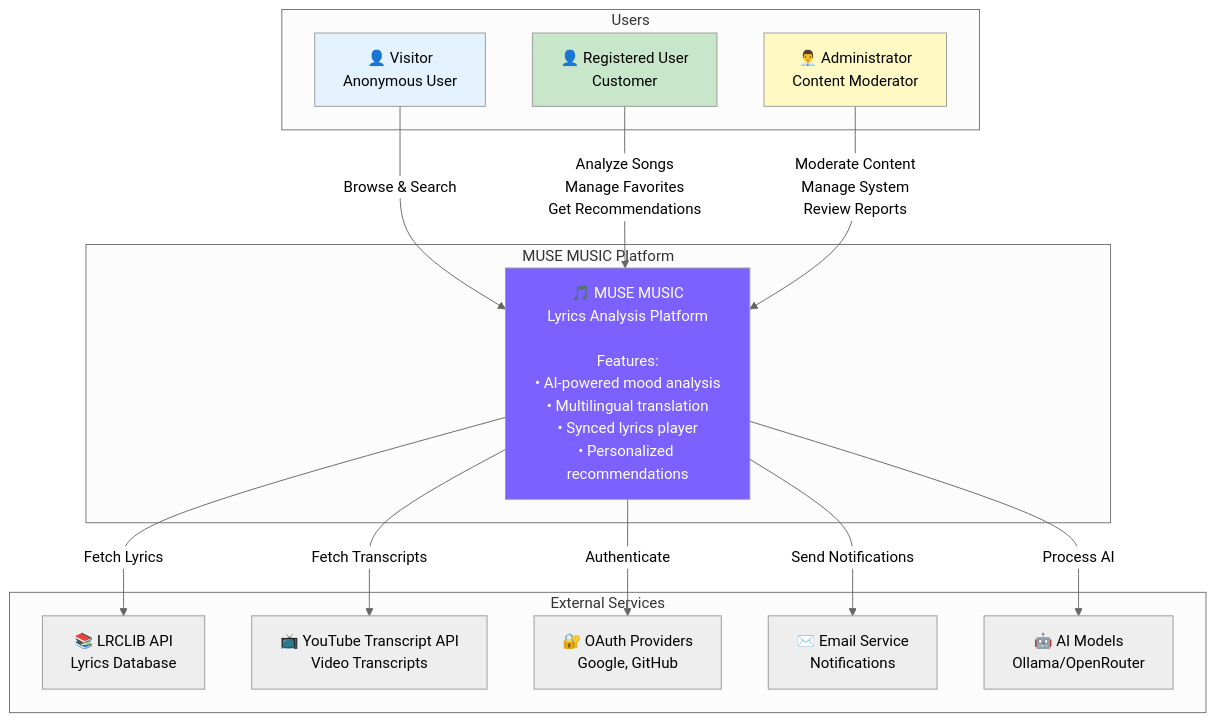
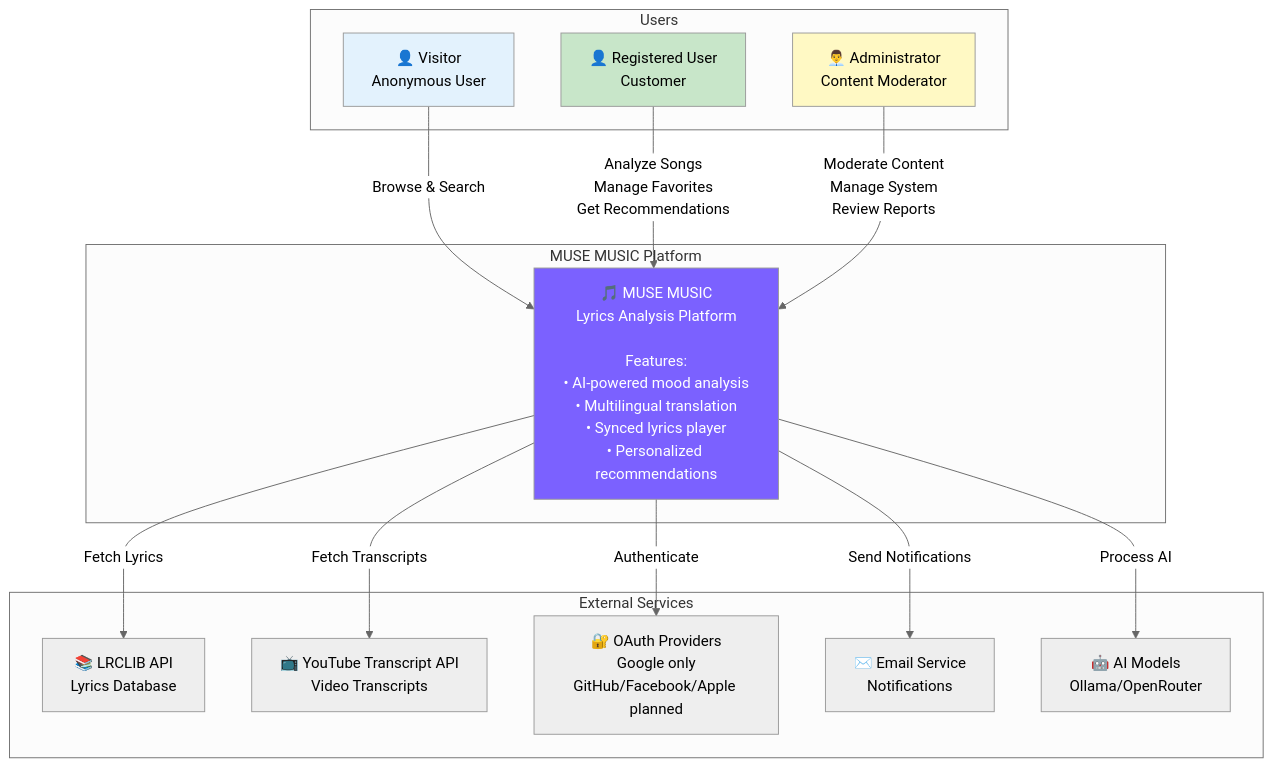
Before and after one commit to tikpoptv/MUSE-MUSIC: the first of 7 diagrams in diagrams/high-level-diagram.md, drawn with Mermaid (neutral theme). The commit also changed 6 other files, not shown here.

First line of the commit message:
Update diagrams for prompt flow and OAuth details

````diff
--- a/diagrams/high-level-diagram.md
+++ b/diagrams/high-level-diagram.md
@@ -10,35 +10,35 @@
 ```mermaid
 graph TB
     subgraph "Users"
         VISITOR[👤 Visitor<br/>Anonymous User]
         USER[👤 Registered User<br/>Customer]
         ADMIN[👨‍💼 Administrator<br/>Content Moderator]
     end
     
     subgraph "MUSE MUSIC Platform"
         SYSTEM[🎵 MUSE MUSIC<br/>Lyrics Analysis Platform<br/><br/>Features:<br/>• AI-powered mood analysis<br/>• Multilingual translation<br/>• Synced lyrics player<br/>• Personalized recommendations]
     end
     
     subgraph "External Services"
         LRCLIB[📚 LRCLIB API<br/>Lyrics Database]
         YOUTUBE[📺 YouTube Transcript API<br/>Video Transcripts]
-        OAUTH[🔐 OAuth Providers<br/>Google, GitHub]
+        OAUTH[🔐 OAuth Providers<br/>Google only<br/>GitHub/Facebook/Apple planned]
         EMAIL[✉️ Email Service<br/>Notifications]
         AI[🤖 AI Models<br/>Ollama/OpenRouter]
     end
     
     VISITOR -->|Browse & Search| SYSTEM
     USER -->|Analyze Songs<br/>Manage Favorites<br/>Get Recommendations| SYSTEM
     ADMIN -->|Moderate Content<br/>Manage System<br/>Review Reports| SYSTEM
     
     SYSTEM -->|Fetch Lyrics| LRCLIB
     SYSTEM -->|Fetch Transcripts| YOUTUBE
     SYSTEM -->|Authenticate| OAUTH
     SYSTEM -->|Send Notifications| EMAIL
     SYSTEM -->|Process AI| AI
     
     style SYSTEM fill:#7B61FF,color:#fff
     style VISITOR fill:#e3f2fd
     style USER fill:#c8e6c9
     style ADMIN fill:#fff9c4
 ```
````
